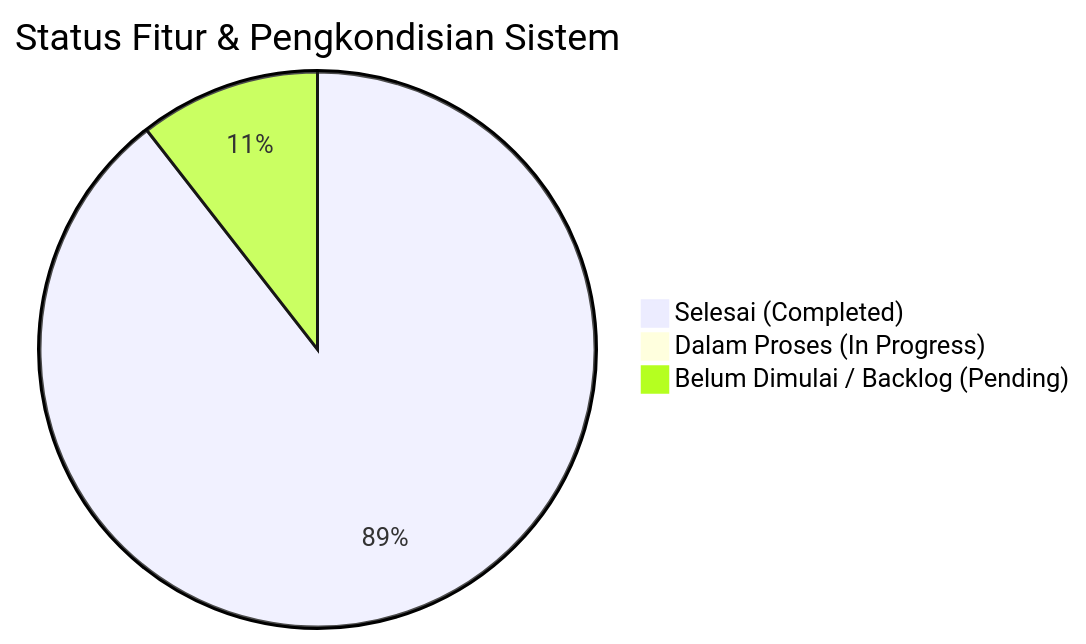
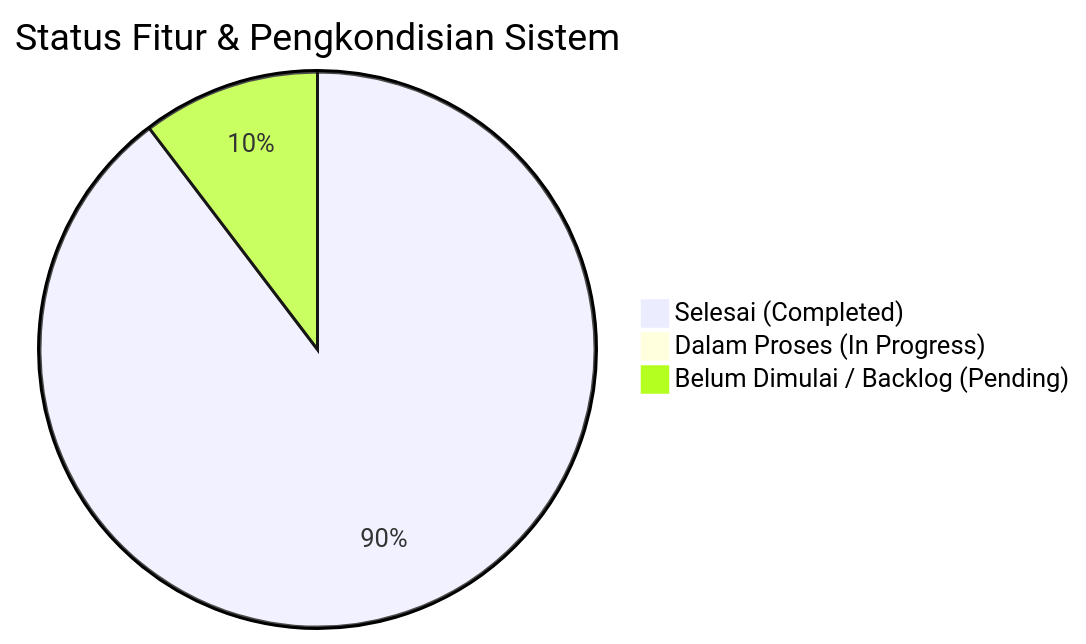
The diagram in docs/progress_pengembangan_sistem_presensi.md (4lliiifffff/pengembangan-presensi-pkbmpikat), drawn with Mermaid before and after one commit. The commit also changed other lines of this file and 12 other files, not shown here.

````diff
--- a/docs/progress_pengembangan_sistem_presensi.md
+++ b/docs/progress_pengembangan_sistem_presensi.md
@@ -12,6 +12,6 @@
 ```mermaid
 pie title Status Fitur & Pengkondisian Sistem
-    "Selesai (Completed)" : 51
+    "Selesai (Completed)" : 52
     "Dalam Proses (In Progress)" : 0
     "Belum Dimulai / Backlog (Pending)" : 6
 ```
````
